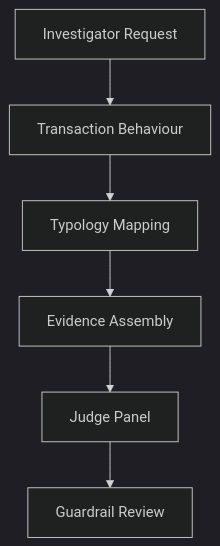
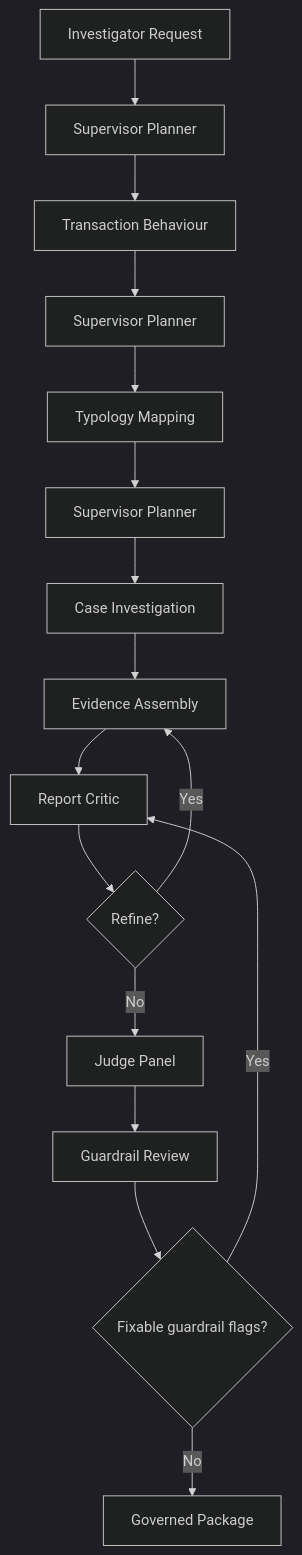
The second of 2 diagrams in docs/AGENTS_AND_WORKFLOWS.md (jasonllai/AML-Agentic-Intelligence-Engine), drawn with Mermaid (dark theme) before and after one commit. The commit also changed other lines of this file and 53 other files, not shown here.

````diff
--- a/docs/AGENTS_AND_WORKFLOWS.md
+++ b/docs/AGENTS_AND_WORKFLOWS.md
@@ -171,8 +247,18 @@
 ```mermaid
 flowchart TD
-    A[Investigator Request] --> B[Transaction Behaviour]
-    B --> C[Typology Mapping]
-    C --> D[Evidence Assembly]
-    D --> E[Judge Panel]
-    E --> F[Guardrail Review]
+    A[Investigator Request] --> B[Supervisor Planner]
+    B --> C[Transaction Behaviour]
+    C --> D[Supervisor Planner]
+    D --> E[Typology Mapping]
+    E --> F[Supervisor Planner]
+    F --> G[Case Investigation]
+    G --> H[Evidence Assembly]
+    H --> I[Report Critic]
+    I --> J{Refine?}
+    J -- Yes --> H
+    J -- No --> K[Judge Panel]
+    K --> L[Guardrail Review]
+    L --> M{Fixable guardrail flags?}
+    M -- Yes --> I
+    M -- No --> N[Governed Package]
 ```
````
